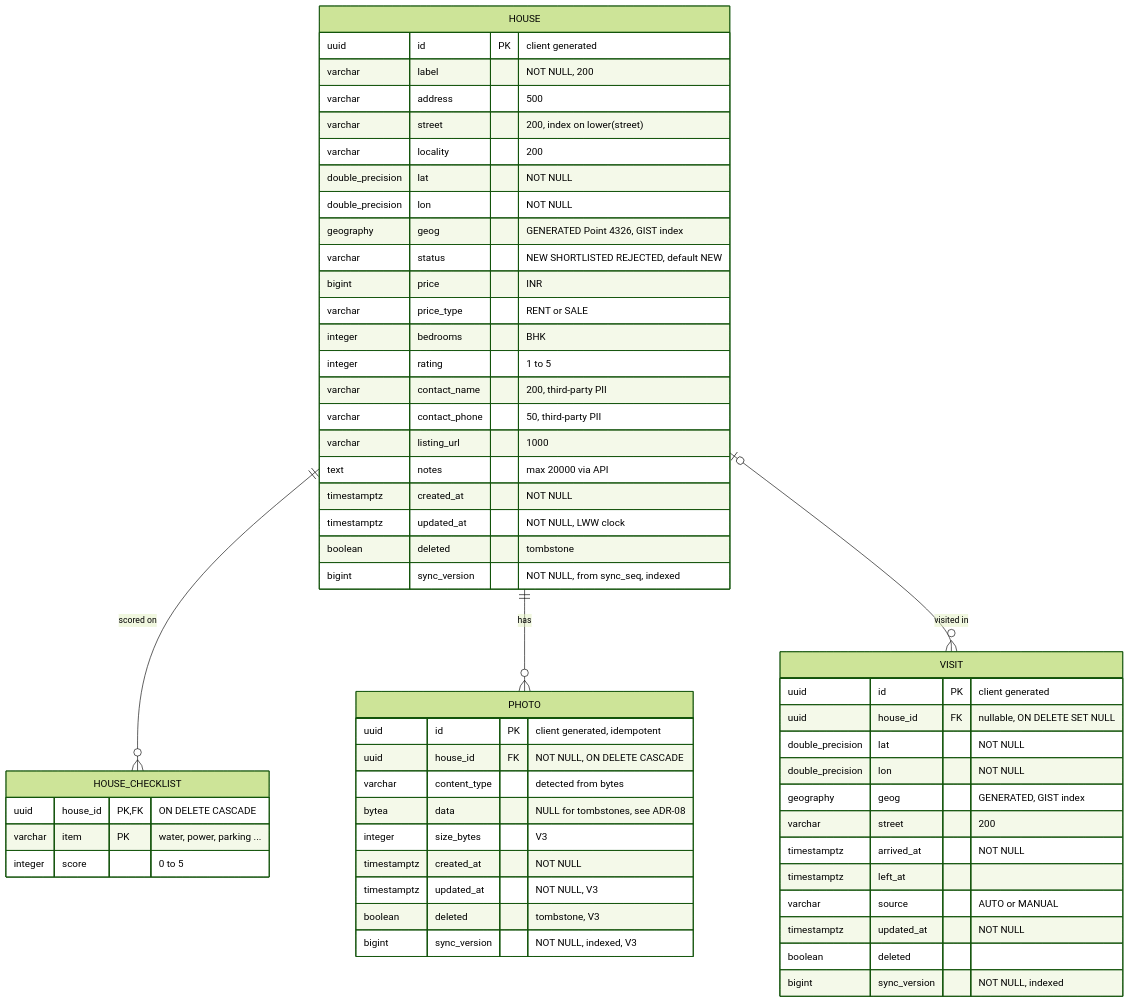
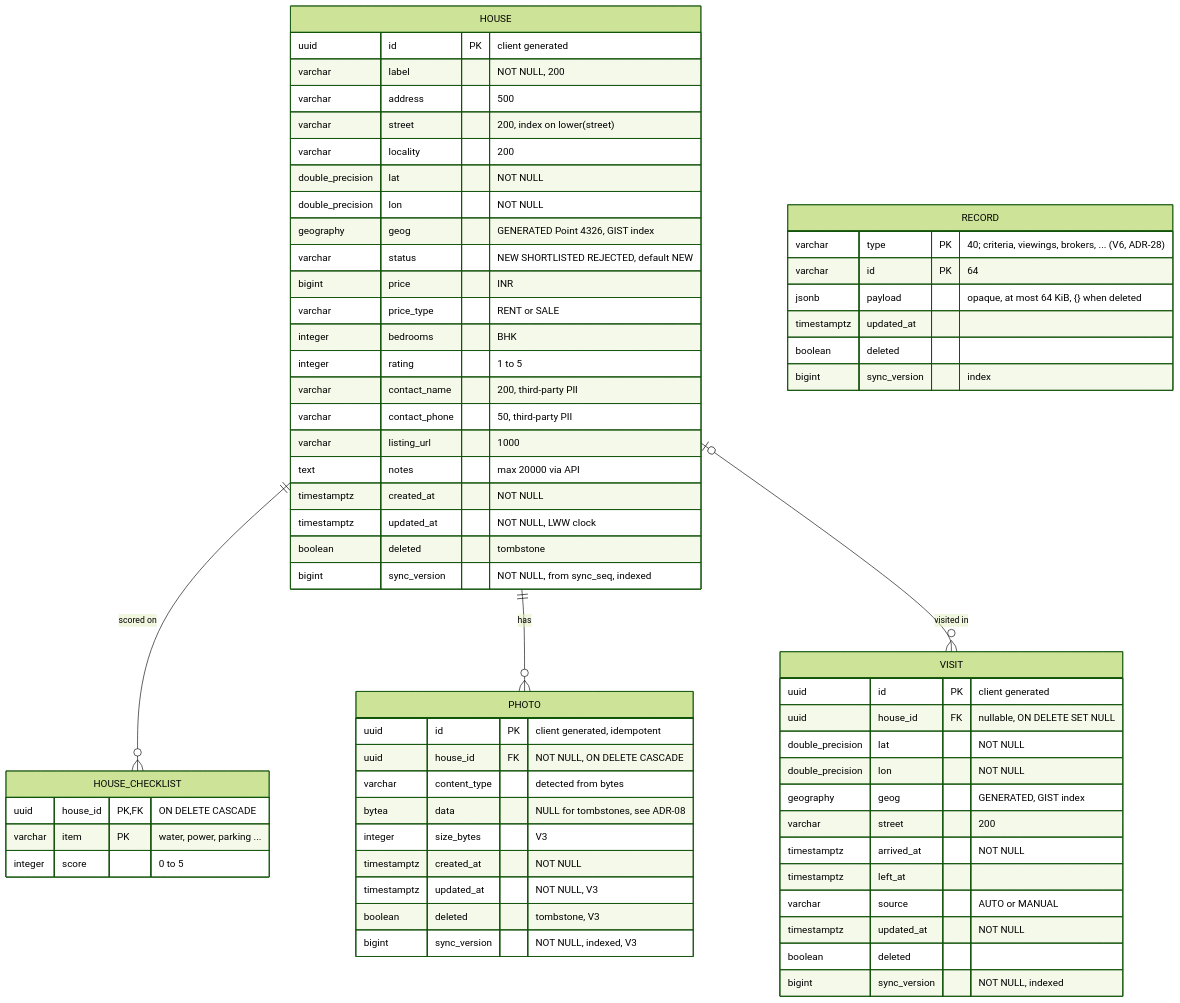
Before and after one commit to Sriram-Codes-SW/doorprints: the seventh of 17 diagrams in docs/03-design.md, drawn with Mermaid (forest theme). The commit also changed other lines of this file and 65 other files, not shown here.

````diff
--- a/docs/03-design.md
+++ b/docs/03-design.md
@@ -420,59 +421,67 @@
 ```mermaid
 erDiagram
     HOUSE ||--o{ HOUSE_CHECKLIST : "scored on"
     HOUSE ||--o{ PHOTO : "has"
     HOUSE |o--o{ VISIT : "visited in"
+    RECORD {
+        varchar type PK "40; criteria, viewings, brokers, ... (V6, ADR-28)"
+        varchar id PK "64"
+        jsonb payload "opaque, at most 64 KiB, {} when deleted"
+        timestamptz updated_at
+        boolean deleted
+        bigint sync_version "index"
+    }
     HOUSE {
         uuid id PK "client generated"
         varchar label "NOT NULL, 200"
         varchar address "500"
         varchar street "200, index on lower(street)"
         varchar locality "200"
         double_precision lat "NOT NULL"
         double_precision lon "NOT NULL"
         geography geog "GENERATED Point 4326, GIST index"
         varchar status "NEW SHORTLISTED REJECTED, default NEW"
         bigint price "INR"
         varchar price_type "RENT or SALE"
         integer bedrooms "BHK"
         integer rating "1 to 5"
         varchar contact_name "200, third-party PII"
         varchar contact_phone "50, third-party PII"
         varchar listing_url "1000"
         text notes "max 20000 via API"
         timestamptz created_at "NOT NULL"
         timestamptz updated_at "NOT NULL, LWW clock"
         boolean deleted "tombstone"
         bigint sync_version "NOT NULL, from sync_seq, indexed"
     }
     HOUSE_CHECKLIST {
         uuid house_id PK, FK "ON DELETE CASCADE"
         varchar item PK "water, power, parking ..."
         integer score "0 to 5"
     }
     VISIT {
         uuid id PK "client generated"
         uuid house_id FK "nullable, ON DELETE SET NULL"
         double_precision lat "NOT NULL"
         double_precision lon "NOT NULL"
         geography geog "GENERATED, GIST index"
         varchar street "200"
         timestamptz arrived_at "NOT NULL"
         timestamptz left_at
         varchar source "AUTO or MANUAL"
         timestamptz updated_at "NOT NULL"
         boolean deleted
         bigint sync_version "NOT NULL, indexed"
     }
     PHOTO {
         uuid id PK "client generated, idempotent"
         uuid house_id FK "NOT NULL, ON DELETE CASCADE"
         varchar content_type "detected from bytes"
         bytea data "NULL for tombstones, see ADR-08"
         integer size_bytes "V3"
         timestamptz created_at "NOT NULL"
         timestamptz updated_at "NOT NULL, V3"
         boolean deleted "tombstone, V3"
         bigint sync_version "NOT NULL, indexed, V3"
     }
 ```
````
